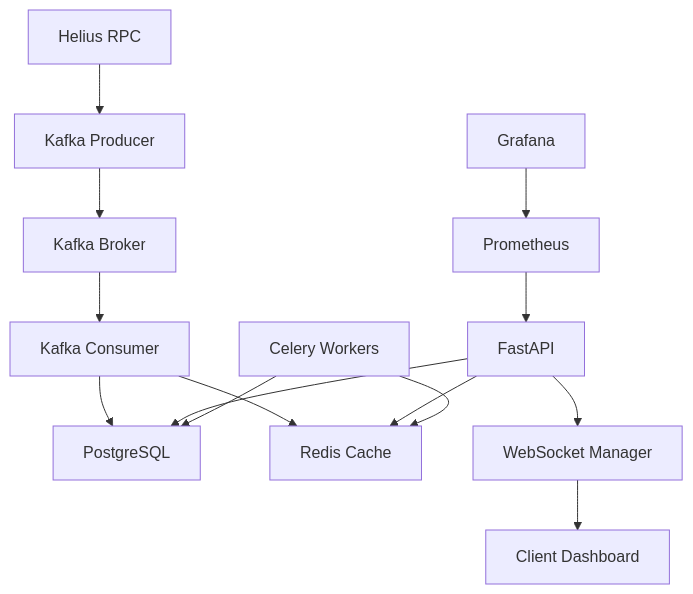
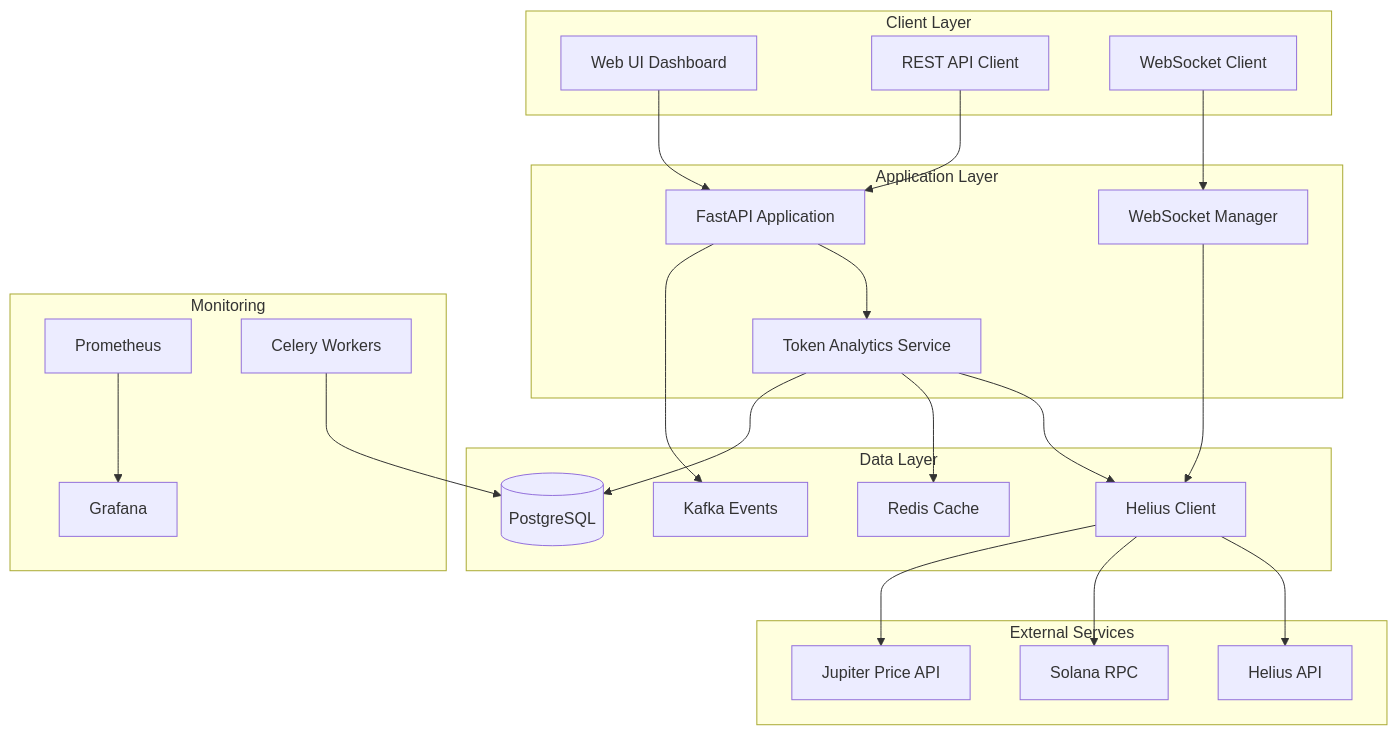
The diagram in README.md (yuviji/memecoin-analytics), drawn with Mermaid before and after one commit. The commit also changed other lines of this file and 8 other files, not shown here.

````diff
--- a/README.md
+++ b/README.md
@@ -265,16 +106,51 @@
 ```mermaid
 graph TB
-    A[Helius RPC] --> B[Kafka Producer]
-    B --> C[Kafka Broker]
-    C --> D[Kafka Consumer]
-    D --> E[PostgreSQL]
-    D --> F[Redis Cache]
-    G[FastAPI] --> E
-    G --> F
-    G --> H[WebSocket Manager]
-    H --> I[Client Dashboard]
-    J[Celery Workers] --> E
-    J --> F
-    K[Prometheus] --> G
-    L[Grafana] --> K
+    subgraph "Client Layer"
+        UI[Web UI Dashboard]
+        API[REST API Client]
+        WS[WebSocket Client]
+    end
+    
+    subgraph "Application Layer"
+        FASTAPI[FastAPI Application]
+        WSM[WebSocket Manager]
+        TAS[Token Analytics Service]
+    end
+    
+    subgraph "Data Layer"
+        HC[Helius Client]
+        CACHE[Redis Cache]
+        DB[(PostgreSQL)]
+        KAFKA[Kafka Events]
+    end
+    
+    subgraph "External Services"
+        HELIUS[Helius API]
+        SOLANA[Solana RPC]
+        JUPITER[Jupiter Price API]
+    end
+    
+    subgraph "Monitoring"
+        PROM[Prometheus]
+        GRAF[Grafana]
+        CELERY[Celery Workers]
+    end
+    
+    UI --> FASTAPI
+    API --> FASTAPI
+    WS --> WSM
+    
+    FASTAPI --> TAS
+    WSM --> HC
+    TAS --> HC
+    TAS --> CACHE
+    TAS --> DB
+    
+    HC --> HELIUS
+    HC --> SOLANA
+    HC --> JUPITER
+    
+    FASTAPI --> KAFKA
+    CELERY --> DB
+    PROM --> GRAF
 ```
````
